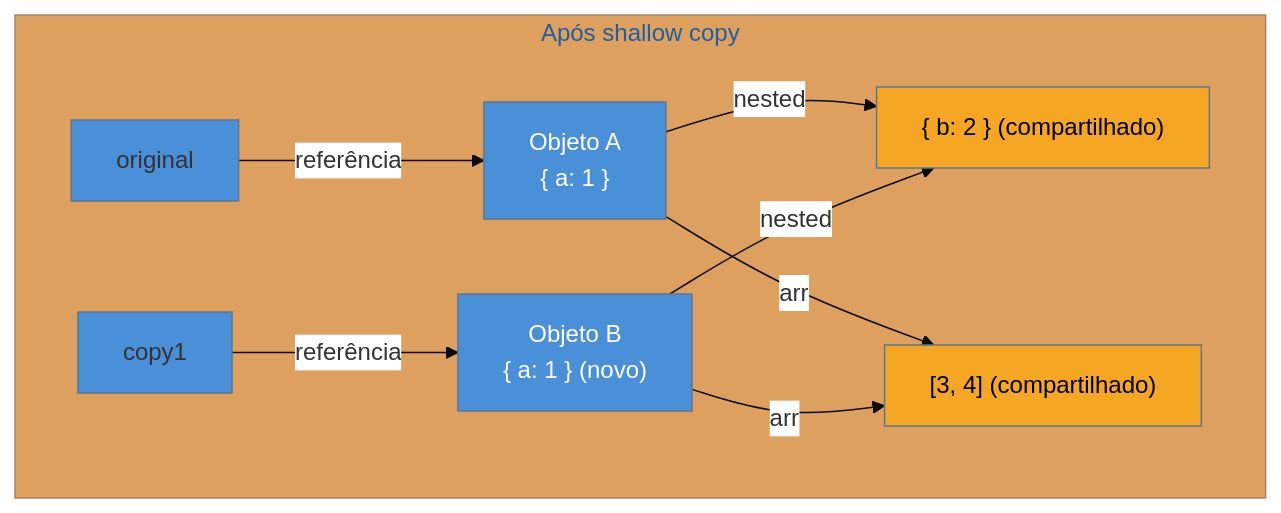
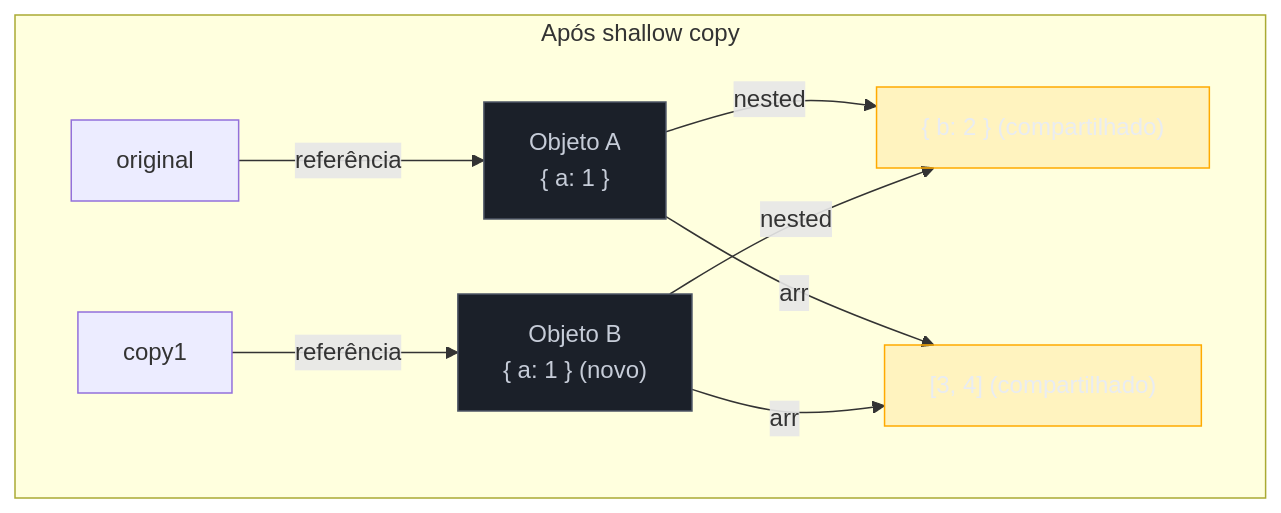
The first of 2 diagrams in 03-Dominios/Tecnologia/JavaScript/20 - Cópia, serialização e imutabilidade.md (josenaldo/codex-technomanticus), drawn with Mermaid before and after one commit. The commit also changed other lines of this file and 1181 other files, not shown here.

First line of the commit message:
fix(diagramas): paleta do sistema no lugar de cor cravada no markdown

````diff
--- a/03-Dominios/Tecnologia/JavaScript/20 - Cópia, serialização e imutabilidade.md
+++ b/03-Dominios/Tecnologia/JavaScript/20 - Cópia, serialização e imutabilidade.md
@@ -97,19 +97,20 @@
 ```mermaid
-%%{init: {"theme": "base", "themeVariables": {"primaryColor": "#4A90D9", "edgeLabelBackground": "#ffffff"}}}%%
 graph TD
+    classDef destaque fill:#FFAA0024,stroke:#FFAA00,color:#E9ECF2
+    classDef neutro fill:#1B2029,stroke:#4E5666,color:#C6CCD8
     subgraph "Após shallow copy"
         V1["original"] -->|"referência"| O1["Objeto A\n{ a: 1 }"]
         V2["copy1"] -->|"referência"| O2["Objeto B\n{ a: 1 } (novo)"]
 
         O1 -->|"nested"| N1["{ b: 2 } (compartilhado)"]
         O2 -->|"nested"| N1
 
         O1 -->|"arr"| A1["[3, 4] (compartilhado)"]
         O2 -->|"arr"| A1
     end
 
-    style N1 fill:#F5A623,color:#000
-    style A1 fill:#F5A623,color:#000
-    style O2 fill:#4A90D9,color:#fff
-    style O1 fill:#4A90D9,color:#fff
+    class N1 destaque
+    class A1 destaque
+    class O2 neutro
+    class O1 neutro
 ```
````
